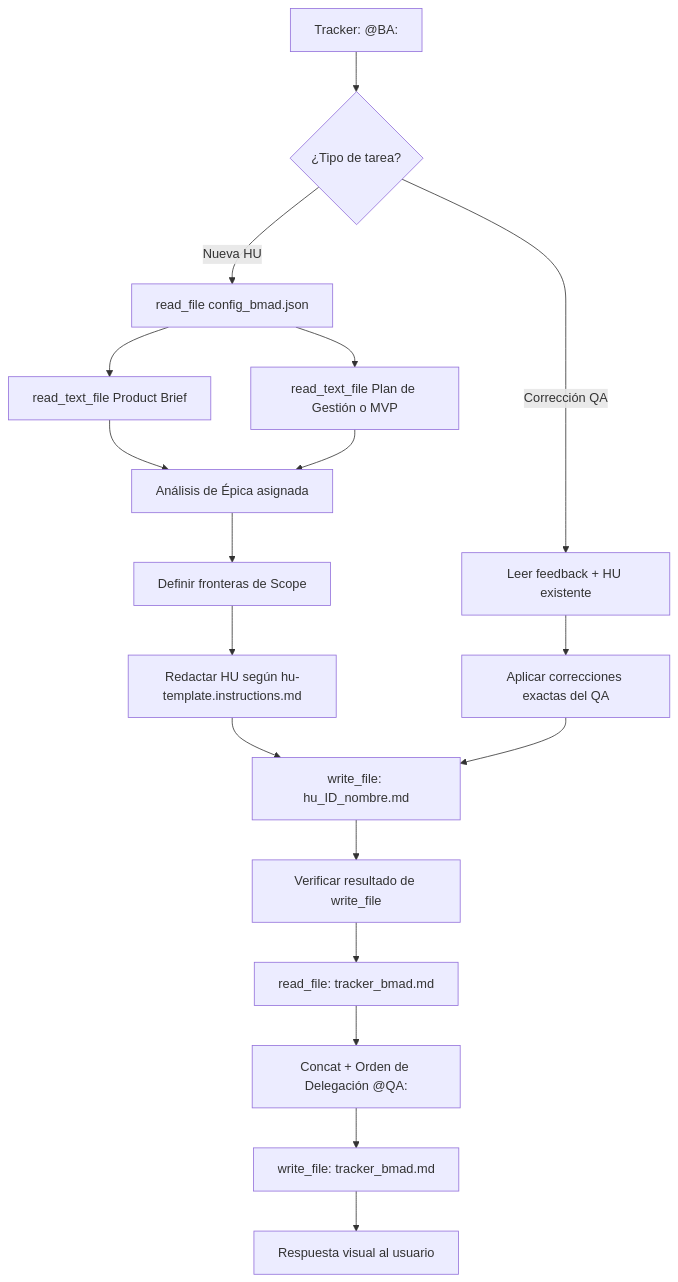
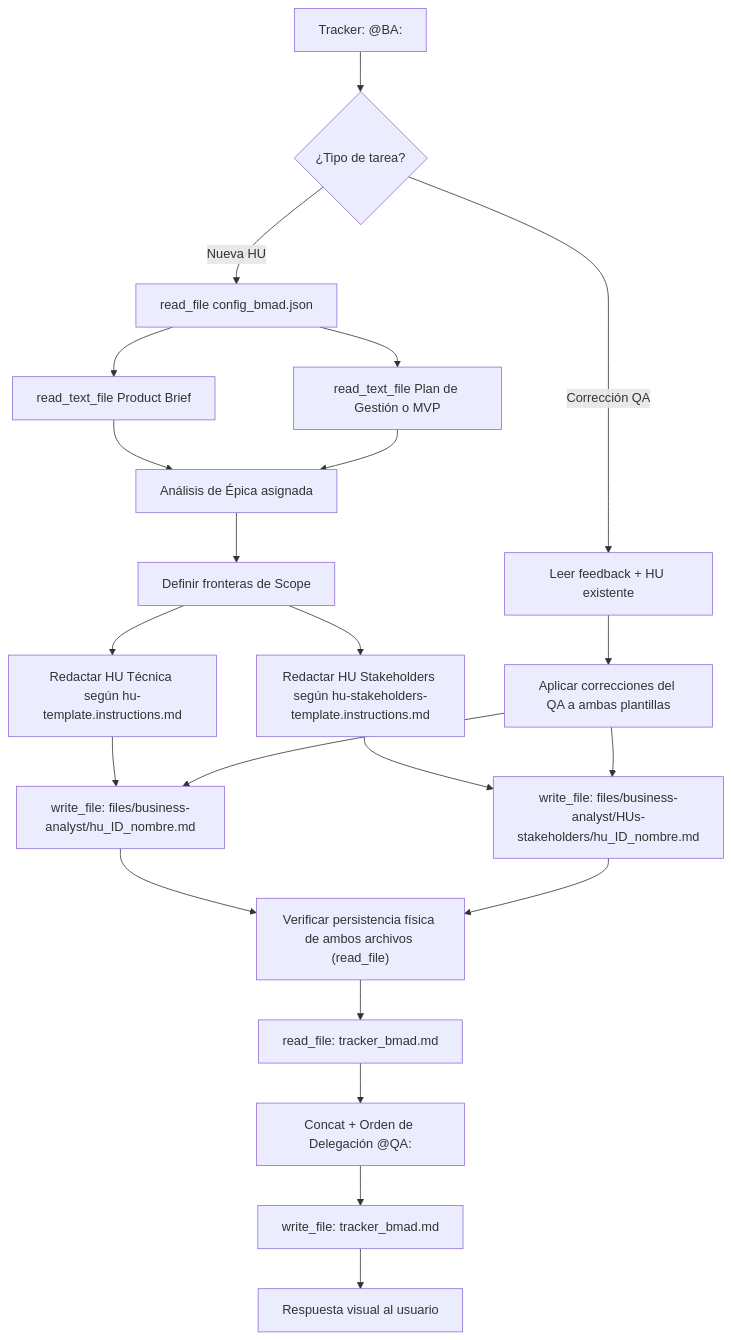
Before and after one commit to pauloravicaceres/template-bmad: the diagram in business-analyst/agents/business-analyst.agent.md, drawn with Mermaid. The commit also changed other lines of this file and 132 other files, not shown here.

````diff
--- a/business-analyst/agents/business-analyst.agent.md
+++ b/business-analyst/agents/business-analyst.agent.md
@@ -79,19 +76,22 @@
 ```mermaid
 flowchart TD
     A["Tracker: @BA:"] --> B{"¿Tipo de tarea?"}
     B -->|Nueva HU| C["read_file config_bmad.json"]
     B -->|Corrección QA| D["Leer feedback + HU existente"]
     C --> E["read_text_file Product Brief"]
     C --> F["read_text_file Plan de Gestión o MVP"]
     E & F --> G["Análisis de Épica asignada"]
     G --> H["Definir fronteras de Scope"]
-    H --> I["Redactar HU según hu-template.instructions.md"]
-    I --> J["write_file: hu_ID_nombre.md"]
-    J --> J2["Verificar resultado de write_file"]
-    D --> K["Aplicar correcciones exactas del QA"]
-    K --> J
-    J2 --> L["read_file: tracker_bmad.md"]
+    H --> I1["Redactar HU Técnica según hu-template.instructions.md"]
+    H --> I2["Redactar HU Stakeholders según hu-stakeholders-template.instructions.md"]
+    I1 --> J1["write_file: files/business-analyst/hu_ID_nombre.md"]
+    I2 --> J2["write_file: files/business-analyst/HUs-stakeholders/hu_ID_nombre.md"]
+    J1 & J2 --> K1["Verificar persistencia física de ambos archivos (read_file)"]
+    D --> K2["Aplicar correcciones del QA a ambas plantillas"]
+    K2 --> J1
+    K2 --> J2
+    K1 --> L["read_file: tracker_bmad.md"]
     L --> M["Concat + Orden de Delegación @QA:"]
     M --> N["write_file: tracker_bmad.md"]
     N --> O["Respuesta visual al usuario"]
 ```
````
